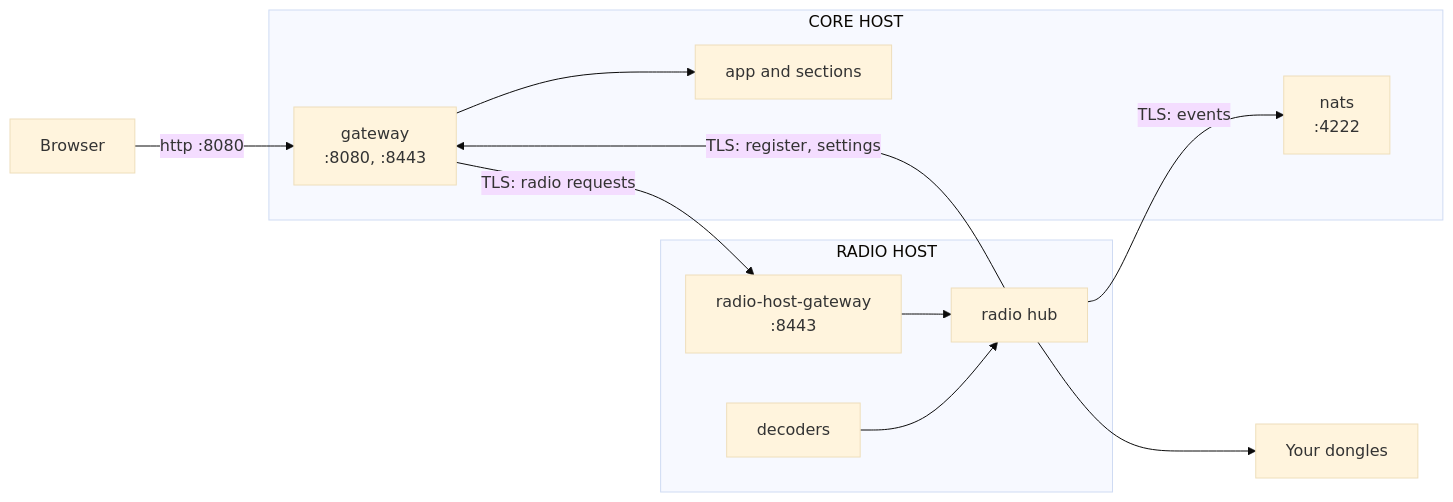
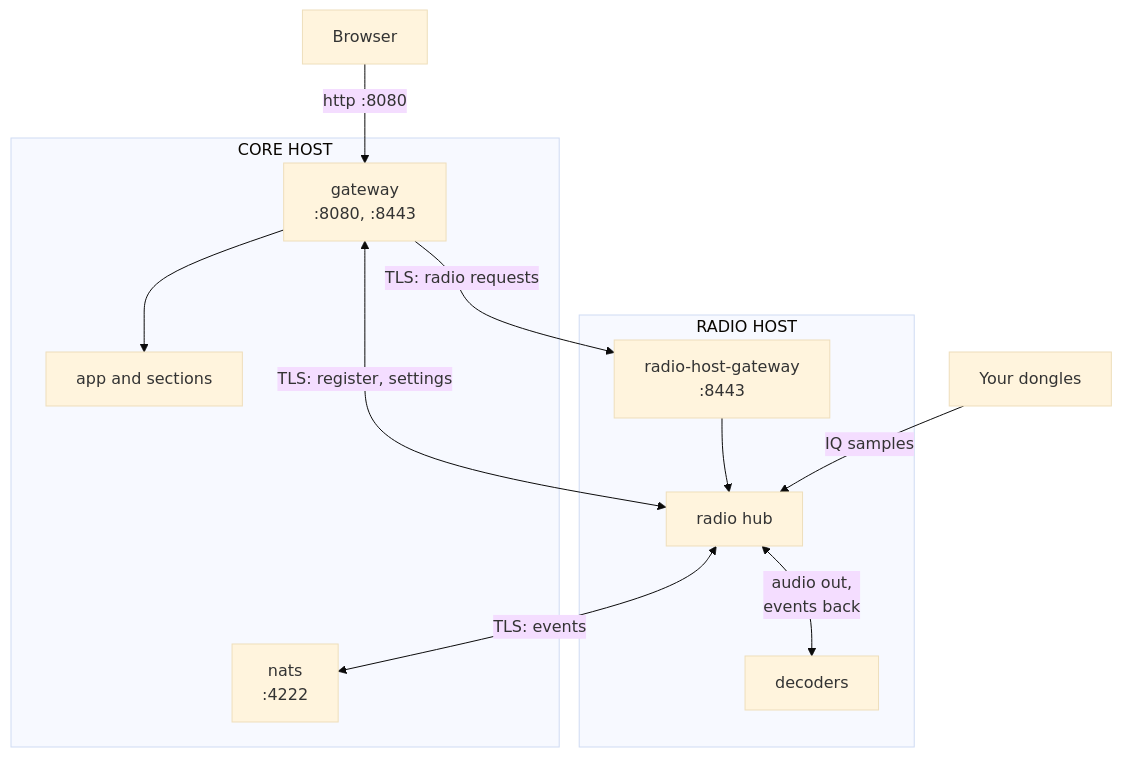
One commit to barrygee/Sentinel changed the diagram in docs/radio-host.md. Above: the diagram before and after it, drawn with Mermaid (base theme). The commit also changed 8 other files, not shown here.

First line of the commit message:
docs: lay diagrams out top to bottom with each flow's direction shown

````diff
--- a/docs/radio-host.md
+++ b/docs/radio-host.md
@@ -7,21 +7,21 @@
 ```mermaid
-flowchart LR
+flowchart TB
     browser["Browser"] -- "http :8080" --> gateway
     subgraph core["CORE HOST"]
         gateway["gateway<br/>:8080, :8443"]
         nats["nats<br/>:4222"]
         app["app and sections"]
         gateway --> app
     end
     subgraph radiohost["RADIO HOST"]
         rgw["radio-host-gateway<br/>:8443"]
         radio["radio hub"]
         decoders["decoders"]
         rgw --> radio
-        decoders --> radio
+        radio <-- "audio out,<br/>events back" --> decoders
     end
     gateway -- "TLS: radio requests" --> rgw
-    radio -- "TLS: register, settings" --> gateway
-    radio -- "TLS: events" --> nats
-    radio --> dongles["Your dongles"]
+    radio <-- "TLS: register, settings" --> gateway
+    radio <-- "TLS: events" --> nats
+    dongles["Your dongles"] -- "IQ samples" --> radio
 ```
````
